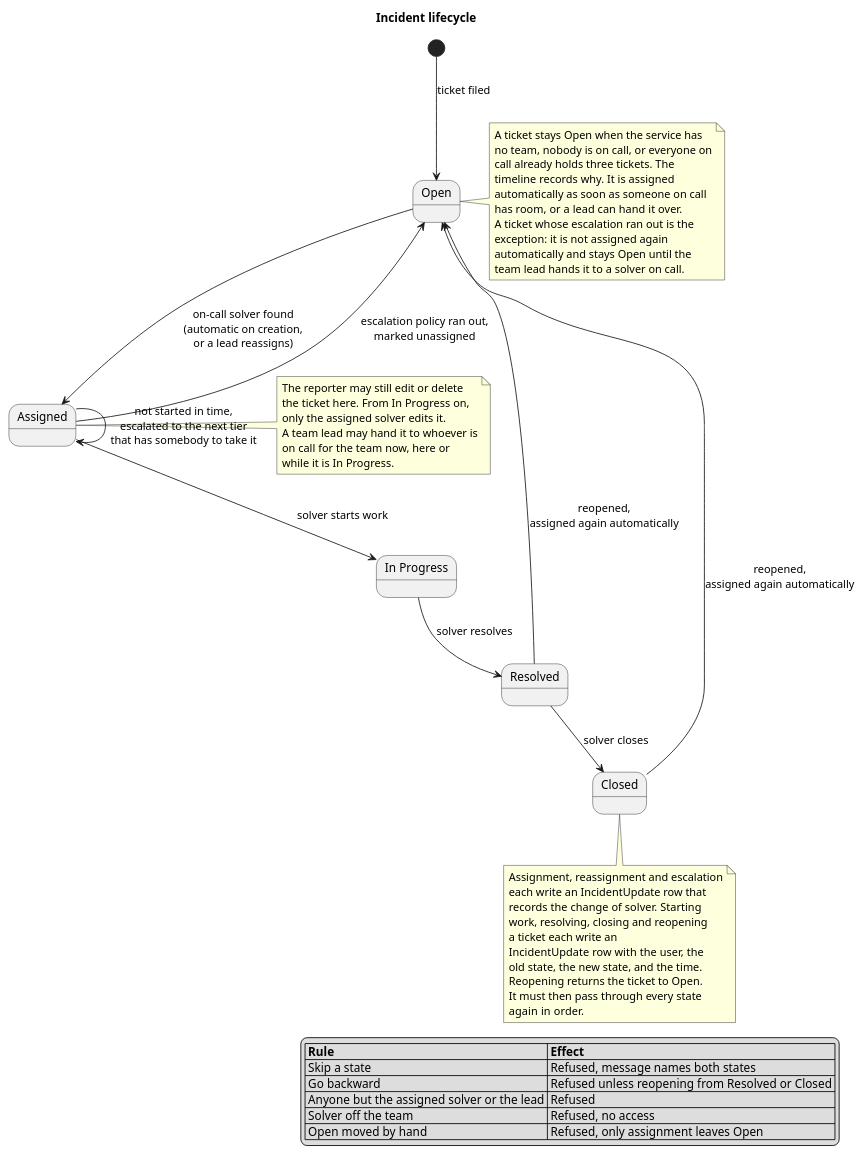
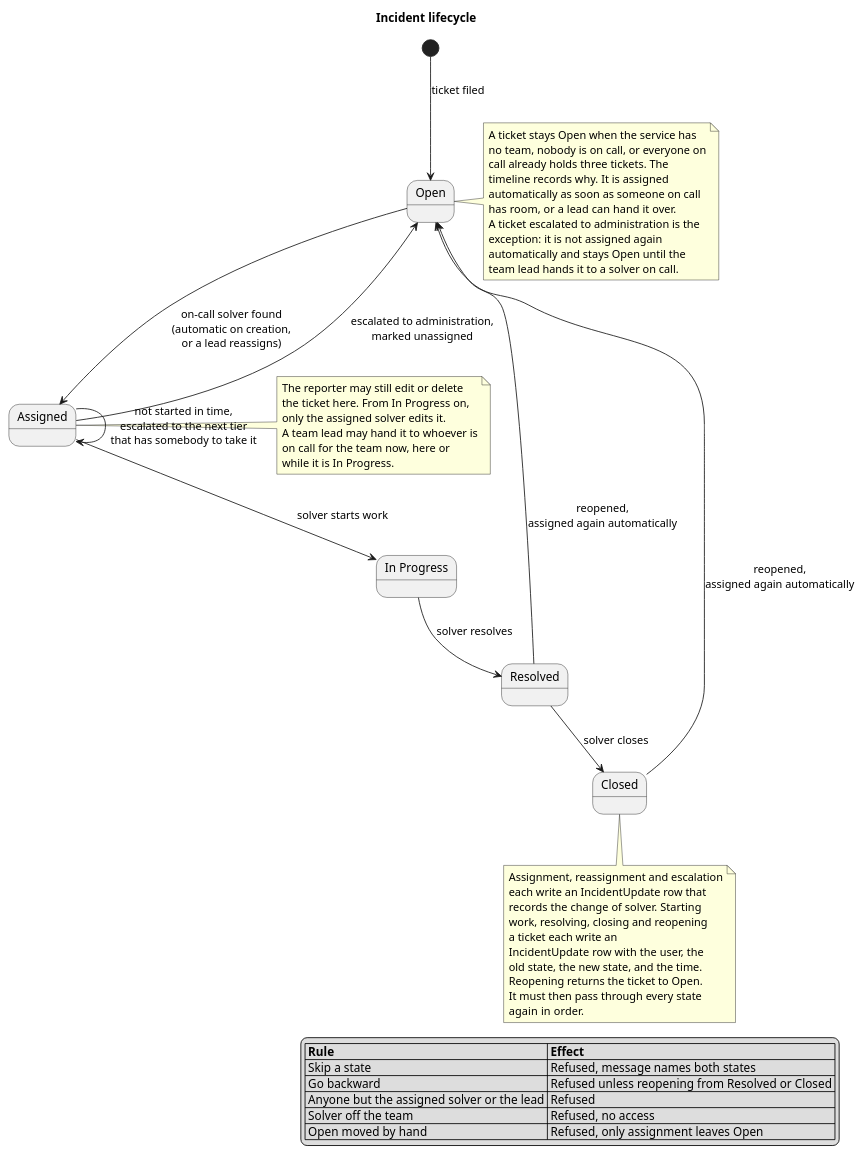
The diagram in docs/incident-state-machine.puml (ZiedRbd/COSC-3339-Fall-2026-Term-Project), drawn with PlantUML before and after one commit. The commit also changed 3 other files, not shown here.

Commit message:
Docs and diagrams describe administration as the last tier of every policy

```diff
--- a/docs/incident-state-machine.puml
+++ b/docs/incident-state-machine.puml
@@ -1,60 +1,60 @@
 @startuml
 title Incident lifecycle
 
 [*] --> Open : ticket filed
 
 state "In Progress" as InProgress
 
 Open --> Assigned : on-call solver found\n(automatic on creation,\nor a lead reassigns)
 Assigned --> InProgress : solver starts work
 InProgress --> Resolved : solver resolves
 Resolved --> Closed : solver closes
 Resolved --> Open : reopened,\nassigned again automatically
 Closed --> Open : reopened,\nassigned again automatically
 Assigned --> Assigned : not started in time,\nescalated to the next tier\nthat has somebody to take it
-Assigned --> Open : escalation policy ran out,\nmarked unassigned
+Assigned --> Open : escalated to administration,\nmarked unassigned
 
 note right of Open
   A ticket stays Open when the service has
   no team, nobody is on call, or everyone on
   call already holds three tickets. The
   timeline records why. It is assigned
   automatically as soon as someone on call
   has room, or a lead can hand it over.
-  A ticket whose escalation ran out is the
+  A ticket escalated to administration is the
   exception: it is not assigned again
   automatically and stays Open until the
   team lead hands it to a solver on call.
 end note
 
 note right of Assigned
   The reporter may still edit or delete
   the ticket here. From In Progress on,
   only the assigned solver edits it.
   A team lead may hand it to whoever is
   on call for the team now, here or
   while it is In Progress.
 end note
 
 note bottom of Closed
   Assignment, reassignment and escalation
   each write an IncidentUpdate row that
   records the change of solver. Starting
   work, resolving, closing and reopening
   a ticket each write an
   IncidentUpdate row with the user, the
   old state, the new state, and the time.
   Reopening returns the ticket to Open.
   It must then pass through every state
   again in order.
 end note
 
 legend right
   |= Rule |= Effect |
   | Skip a state | Refused, message names both states |
   | Go backward | Refused unless reopening from Resolved or Closed |
   | Anyone but the assigned solver or the lead | Refused |
   | Solver off the team | Refused, no access |
   | Open moved by hand | Refused, only assignment leaves Open |
 endlegend
 @enduml
```
